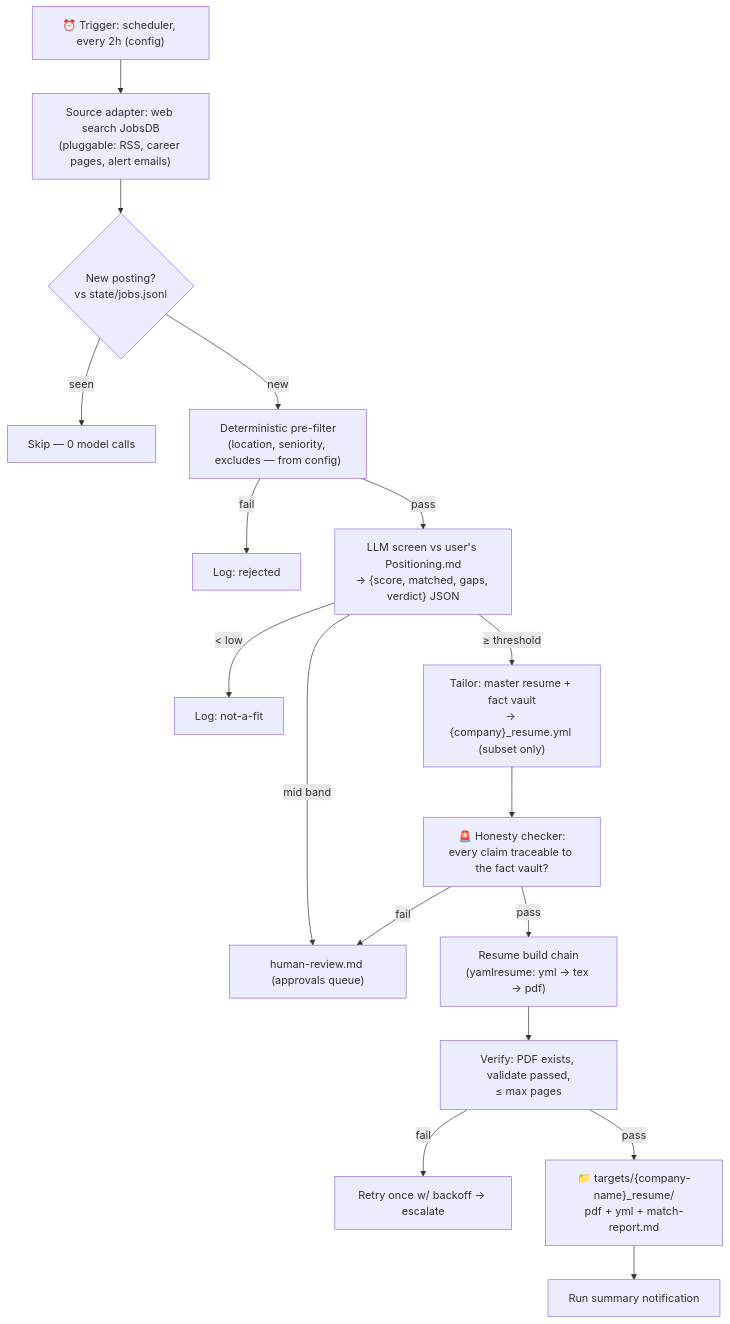
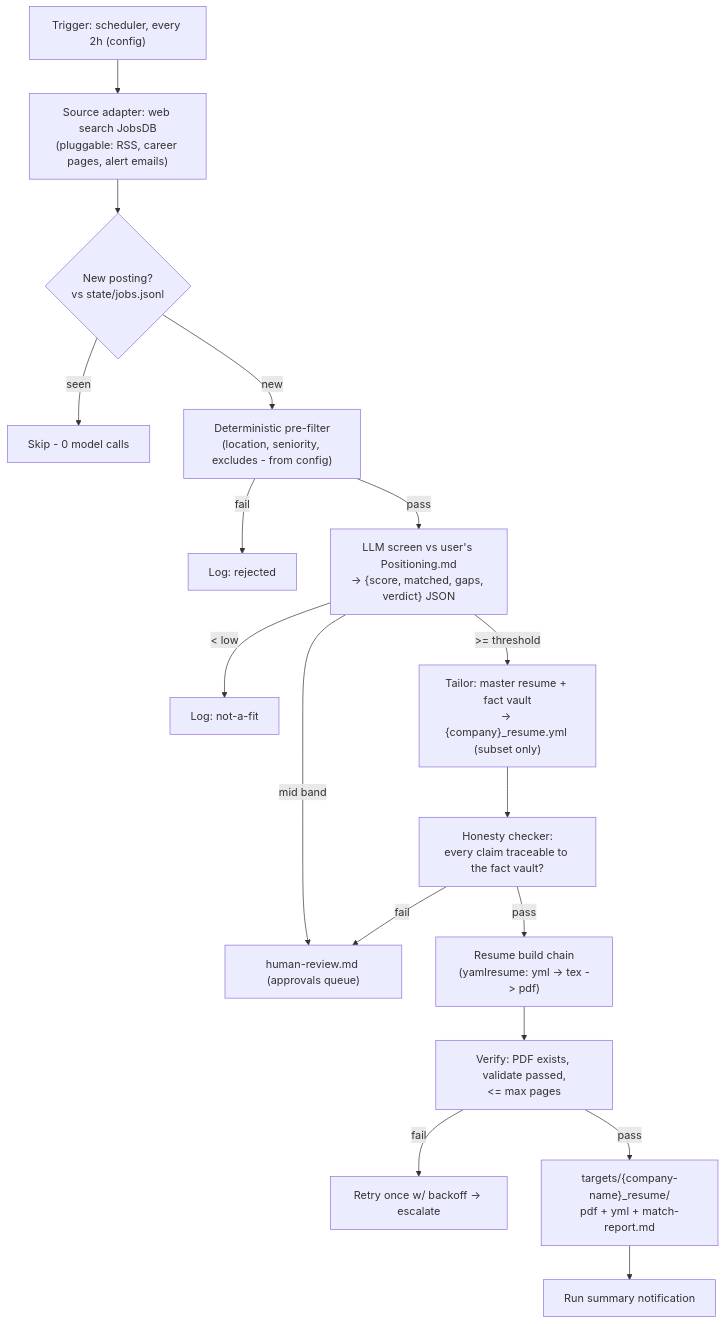
Before and after one commit to oat431/oralita_md: the diagram in personal/ai/job-hunting-as-loop-engineering.md, drawn with Mermaid. The commit also changed other lines of this file and 7 other files, not shown here.

````diff
--- a/personal/ai/job-hunting-as-loop-engineering.md
+++ b/personal/ai/job-hunting-as-loop-engineering.md
@@ -48,19 +48,19 @@
 ```mermaid
 flowchart TD
-    CRON["⏰ Trigger: scheduler, every 2h (config)"] --> FETCH["Source adapter: web search JobsDB<br/>(pluggable: RSS, career pages, alert emails)"]
+    CRON["Trigger: scheduler, every 2h (config)"] --> FETCH["Source adapter: web search JobsDB<br/>(pluggable: RSS, career pages, alert emails)"]
     FETCH --> DEDUP{"New posting?<br/>vs state/jobs.jsonl"}
-    DEDUP -->|seen| SKIP["Skip — 0 model calls"]
-    DEDUP -->|new| PRE["Deterministic pre-filter<br/>(location, seniority, excludes — from config)"]
+    DEDUP -->|seen| SKIP["Skip - 0 model calls"]
+    DEDUP -->|new| PRE["Deterministic pre-filter<br/>(location, seniority, excludes - from config)"]
     PRE -->|fail| LOG1["Log: rejected"]
-    PRE -->|pass| SCREEN["LLM screen vs user's Positioning.md<br/>→ {score, matched, gaps, verdict} JSON"]
+    PRE -->|pass| SCREEN["LLM screen vs user's Positioning.md<br/>-> {score, matched, gaps, verdict} JSON"]
     SCREEN -->|"< low"| LOG2["Log: not-a-fit"]
     SCREEN -->|"mid band"| QUEUE["human-review.md (approvals queue)"]
-    SCREEN -->|"≥ threshold"| TAILOR["Tailor: master resume + fact vault<br/>→ {company}_resume.yml (subset only)"]
-    TAILOR --> CHECK["🚨 Honesty checker:<br/>every claim traceable to the fact vault?"]
+    SCREEN -->|">= threshold"| TAILOR["Tailor: master resume + fact vault<br/>-> {company}_resume.yml (subset only)"]
+    TAILOR --> CHECK["Honesty checker:<br/>every claim traceable to the fact vault?"]
     CHECK -->|fail| QUEUE
-    CHECK -->|pass| BUILD["Resume build chain<br/>(yamlresume: yml → tex → pdf)"]
-    BUILD --> VERIFY["Verify: PDF exists, validate passed,<br/>≤ max pages"]
-    VERIFY -->|fail| RETRY["Retry once w/ backoff → escalate"]
-    VERIFY -->|pass| OUT["📁 targets/{company-name}_resume/<br/>pdf + yml + match-report.md"]
+    CHECK -->|pass| BUILD["Resume build chain<br/>(yamlresume: yml -> tex -> pdf)"]
+    BUILD --> VERIFY["Verify: PDF exists, validate passed,<br/><= max pages"]
+    VERIFY -->|fail| RETRY["Retry once w/ backoff -> escalate"]
+    VERIFY -->|pass| OUT["targets/{company-name}_resume/<br/>pdf + yml + match-report.md"]
     OUT --> NOTIFY["Run summary notification"]
 ```
````
